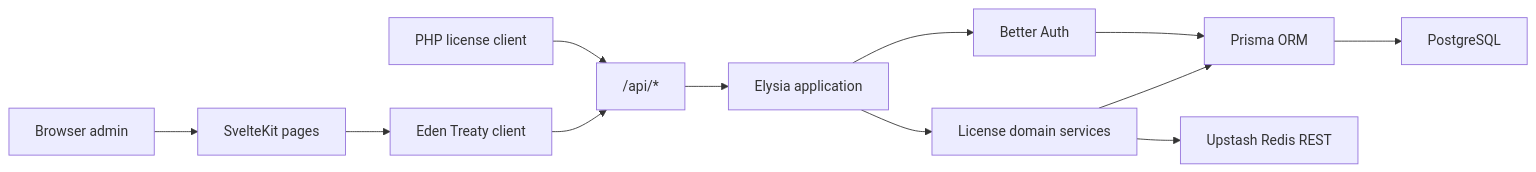
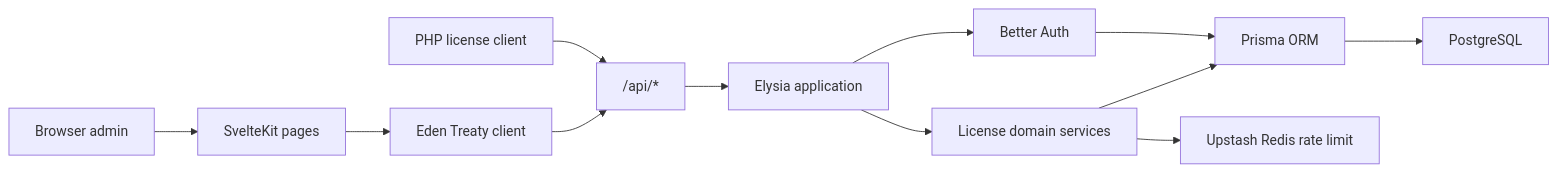
One commit to barkahistigozah/Licensing-Engine-for-PHP-Script changed the first of 2 diagrams in docs/TECHNICAL_DESIGN.md. Above: the diagram before and after it, drawn with Mermaid. The commit also changed other lines of this file and 106 other files, not shown here.

````diff
--- a/docs/TECHNICAL_DESIGN.md
+++ b/docs/TECHNICAL_DESIGN.md
@@ -10,14 +10,14 @@
 ```mermaid
 flowchart LR
     Browser["Browser admin"] --> SvelteKit["SvelteKit pages"]
     PHP["PHP license client"] --> API["/api/*"]
     SvelteKit --> Eden["Eden Treaty client"]
     Eden --> API
     API --> Elysia["Elysia application"]
     Elysia --> Auth["Better Auth"]
     Elysia --> License["License domain services"]
     Auth --> Prisma["Prisma ORM"]
     License --> Prisma
-    License --> Redis["Upstash Redis REST"]
+    License --> Redis["Upstash Redis rate limit"]
     Prisma --> Postgres["PostgreSQL"]
 ```
````
